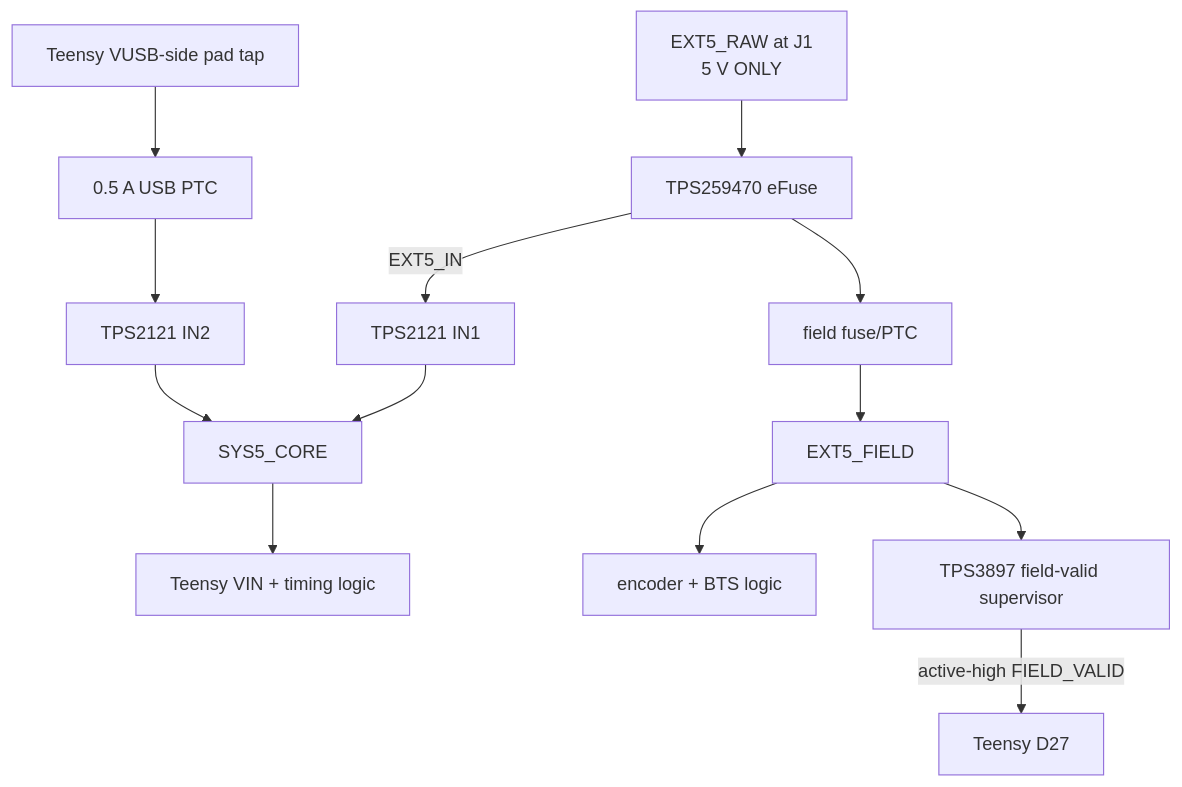
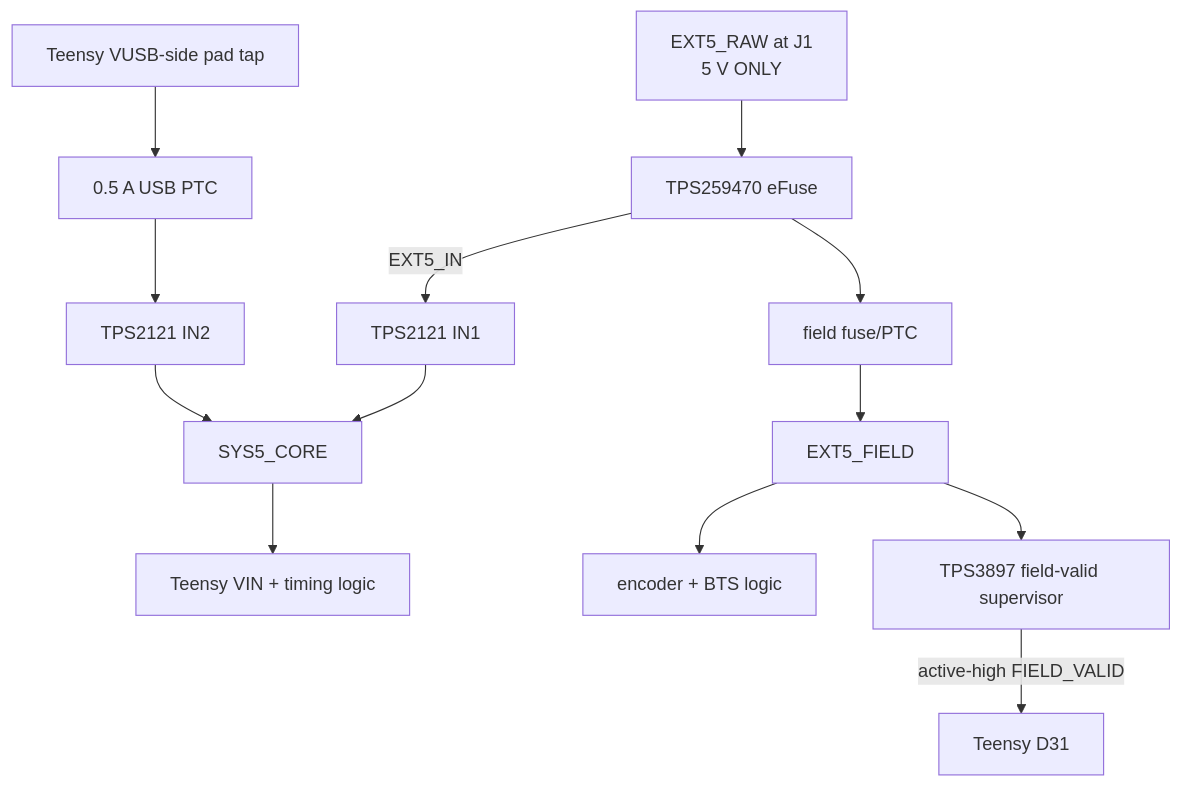
One commit to aaronjs99/ig_handle changed the second of 2 diagrams in docs/timing_circuit.md. Above: the diagram before and after it, drawn with Mermaid. The commit also changed other lines of this file and 12 other files, not shown here.

````diff
--- a/docs/timing_circuit.md
+++ b/docs/timing_circuit.md
@@ -71,12 +71,12 @@
 ```mermaid
 flowchart TD
     EXT[EXT5_RAW at J1<br/>5 V ONLY] --> EF[TPS259470 eFuse]
     EF -->|EXT5_IN| MUX[TPS2121 IN1]
     USB[Teensy VUSB-side pad tap] --> PTC[0.5 A USB PTC] --> MUX2[TPS2121 IN2]
     MUX --> CORE[SYS5_CORE]
     MUX2 --> CORE
     EF --> FF[field fuse/PTC] --> FIELD[EXT5_FIELD]
     CORE --> CLOAD[Teensy VIN + timing logic]
     FIELD --> FLOAD[encoder + BTS logic]
-    FIELD --> FS[TPS3897 field-valid supervisor] -->|active-high FIELD_VALID| MCU[Teensy D27]
+    FIELD --> FS[TPS3897 field-valid supervisor] -->|active-high FIELD_VALID| MCU[Teensy D31]
 ```
````
